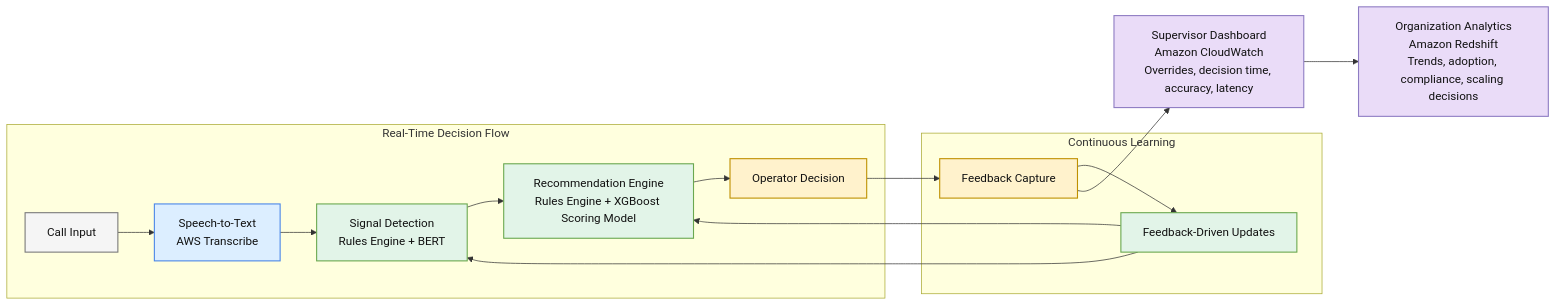
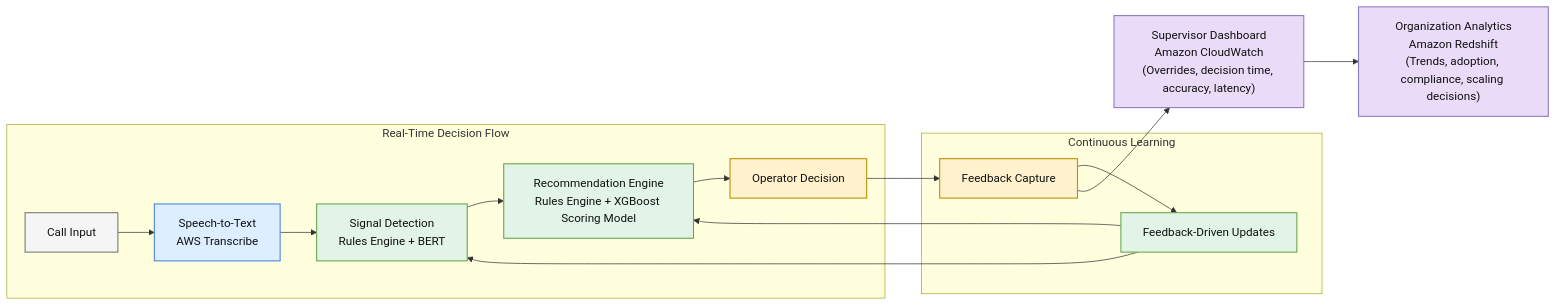
The second of 2 diagrams in README.md (SanthiyaSathasivam/ai-agent-assist-emergency-response), drawn with Mermaid before and after one commit.

````diff
--- a/README.md
+++ b/README.md
@@ -129,40 +129,40 @@
 ```mermaid
 flowchart LR
 
 subgraph RT["Real-Time Decision Flow"]
     A["Call Input"]
     B["Speech-to-Text<br/>AWS Transcribe"]
     C["Signal Detection<br/>Rules Engine + BERT"]
     D["Recommendation Engine<br/>Rules Engine + XGBoost Scoring Model"]
     E["Operator Decision"]
     A --> B --> C --> D --> E
 end
 
 subgraph CL["Continuous Learning"]
     F["Feedback Capture"]
     G["Feedback-Driven Updates"]
     F --> G --> C
     G --> D
 end
 
 E --> F
 
-H["Supervisor Dashboard<br/>Amazon CloudWatch<br/>Overrides, decision time, accuracy, latency"]
-I["Organization Analytics<br/>Amazon Redshift<br/>Trends, adoption, compliance, scaling decisions"]
+H["Supervisor Dashboard<br/>Amazon CloudWatch<br/>(Overrides, decision time, accuracy, latency)"]
+I["Organization Analytics<br/>Amazon Redshift<br/>(Trends, adoption, compliance, scaling decisions)"]
 
 F --> H
 H --> I
 
 classDef input fill:#f5f5f5,stroke:#7a7a7a,stroke-width:1.5px,color:#111111;
 classDef ml fill:#dceeff,stroke:#4a86e8,stroke-width:1.5px,color:#111111;
 classDef hybrid fill:#e2f4e8,stroke:#6aa84f,stroke-width:1.5px,color:#111111;
 classDef user fill:#fff2cc,stroke:#bf9000,stroke-width:1.5px,color:#111111;
 classDef insight fill:#eadcf8,stroke:#8e7cc3,stroke-width:1.5px,color:#111111;
 
 class A input;
 class B ml;
 class C,D,G hybrid;
 class E,F user;
 class H,I insight;
   
 ```
````
